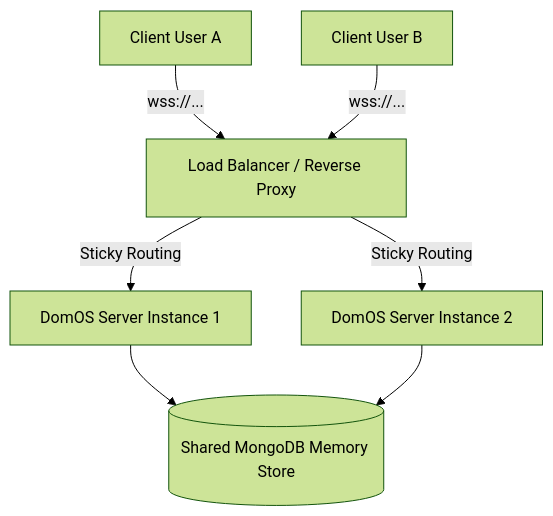
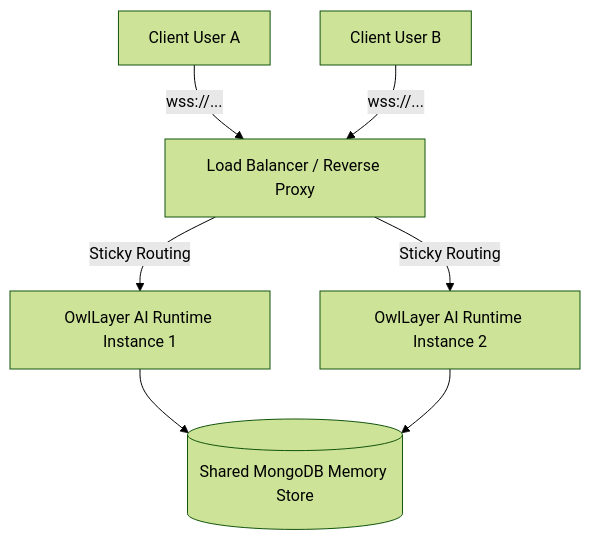
One commit to borisbob91/owllayer changed the diagram in docs-site/production-deployment.md. Above: the diagram before and after it, drawn with Mermaid (forest theme). The commit also changed other lines of this file and 30 other files, not shown here.

Commit message:
docs(site): migrate documentation site to OwlLayer AI

````diff
--- a/docs-site/production-deployment.md
+++ b/docs-site/production-deployment.md
@@ -51,9 +51,9 @@
 ```mermaid
 graph TD
     UserA[Client User A] -->|wss://...| LB[Load Balancer / Reverse Proxy]
     UserB[Client User B] -->|wss://...| LB
-    LB -->|Sticky Routing| Serv1[DomOS Server Instance 1]
-    LB -->|Sticky Routing| Serv2[DomOS Server Instance 2]
+    LB -->|Sticky Routing| Serv1[OwlLayer AI Runtime Instance 1]
+    LB -->|Sticky Routing| Serv2[OwlLayer AI Runtime Instance 2]
     Serv1 --> DB[(Shared MongoDB Memory Store)]
     Serv2 --> DB
 ```
````
